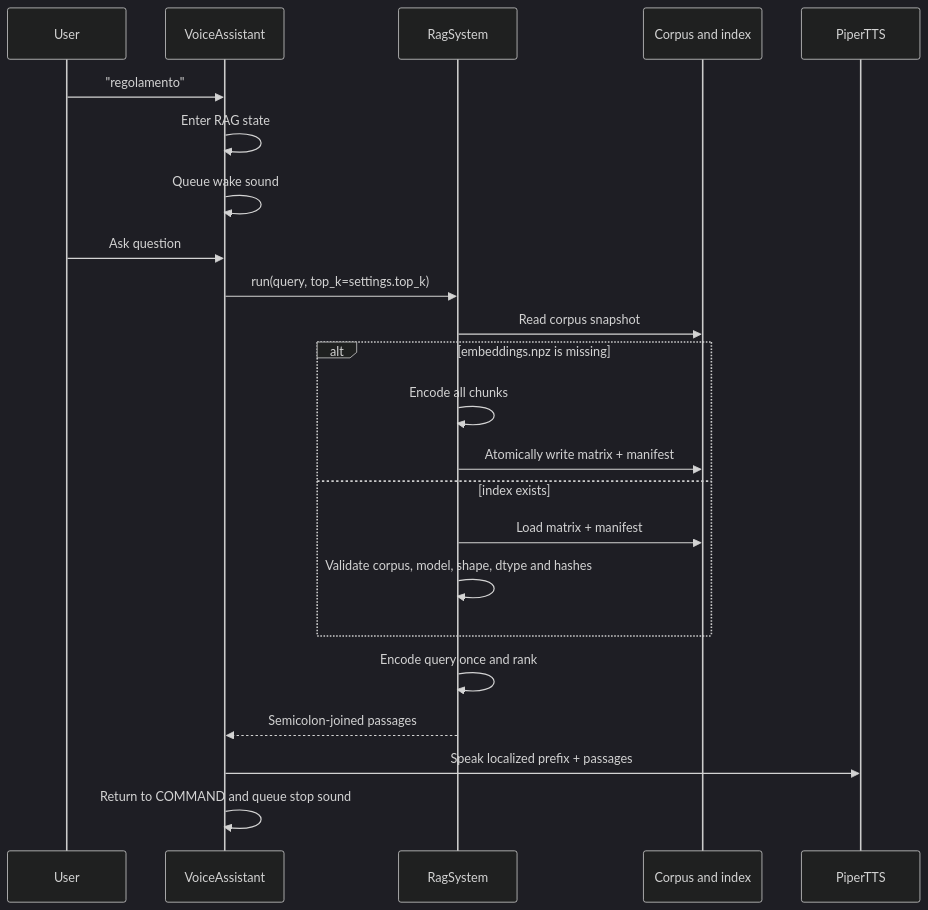
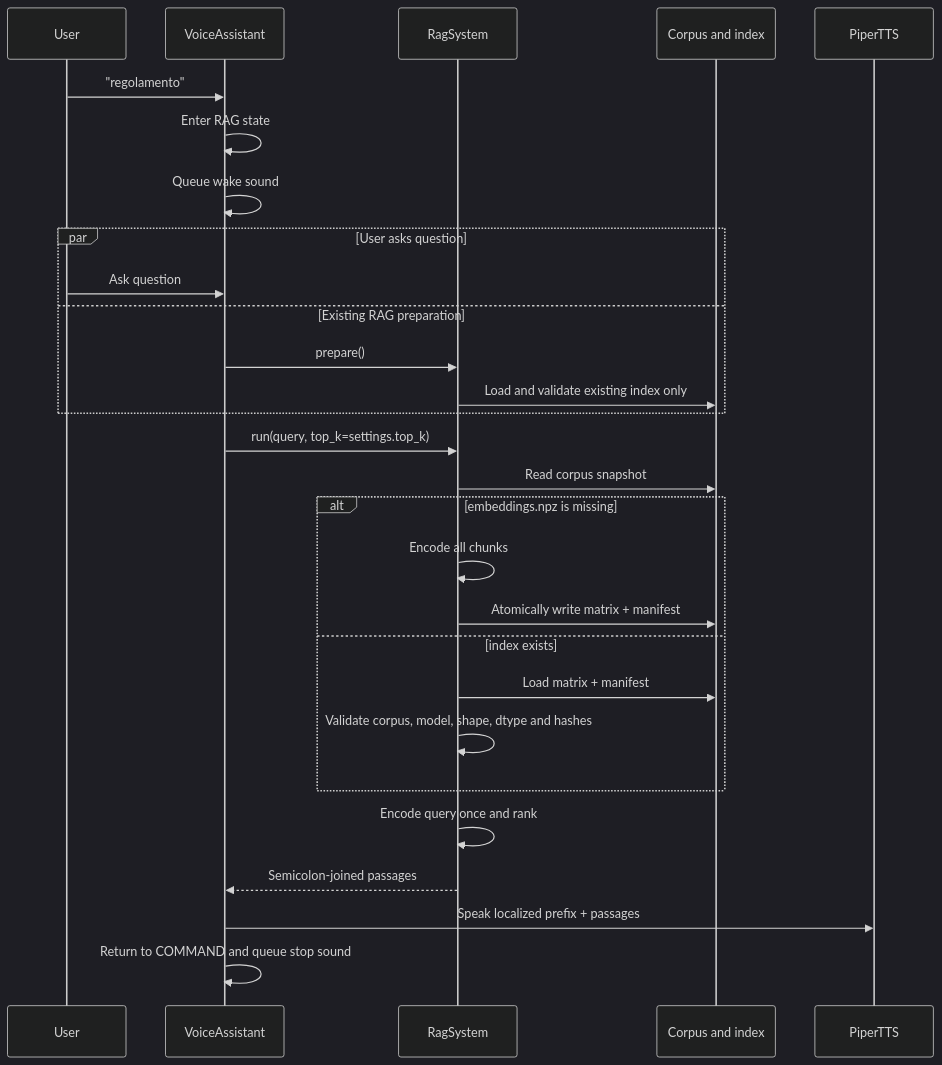
Before and after one commit to UbiquitousDynamics/helios-ai-jetson-framework: the sixth of 6 diagrams in README.md, drawn with Mermaid (dark theme). The commit also changed other lines of this file and 4 other files, not shown here.

````diff
--- a/README.md
+++ b/README.md
@@ -517,26 +520,31 @@
 ```mermaid
 sequenceDiagram
     participant User
     participant VA as VoiceAssistant
     participant R as RagSystem
     participant FS as Corpus and index
     participant TTS as PiperTTS
 
     User->>VA: "regolamento"
     VA->>VA: Enter RAG state
     VA->>VA: Queue wake sound
-    User->>VA: Ask question
+    par User asks question
+        User->>VA: Ask question
+    and Existing RAG preparation
+        VA->>R: prepare()
+        R->>FS: Load and validate existing index only
+    end
     VA->>R: run(query, top_k=settings.top_k)
     R->>FS: Read corpus snapshot
     alt embeddings.npz is missing
         R->>R: Encode all chunks
         R->>FS: Atomically write matrix + manifest
     else index exists
         R->>FS: Load matrix + manifest
         R->>R: Validate corpus, model, shape, dtype and hashes
     end
     R->>R: Encode query once and rank
     R-->>VA: Semicolon-joined passages
     VA->>TTS: Speak localized prefix + passages
     VA->>VA: Return to COMMAND and queue stop sound
 ```
````
